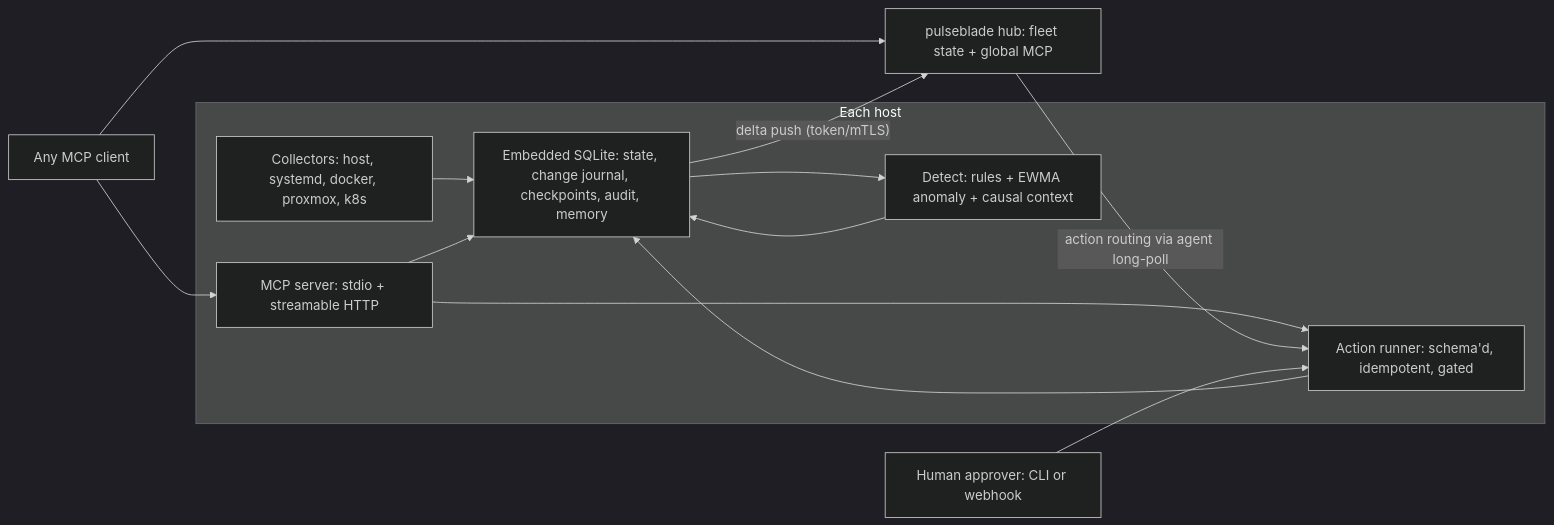
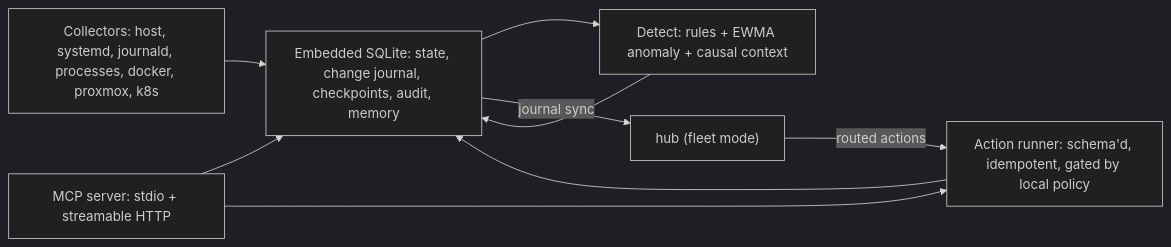
The second of 2 diagrams in docs/ARCHITECTURE.md (DataKnifeAI/pulseblade), drawn with Mermaid (dark theme) before and after one commit. The commit also changed other lines of this file and 2 other files, not shown here.

First line of the commit message:
docs: node/hub/pilot roles, renumber milestones, drop game reference

````diff
--- a/docs/ARCHITECTURE.md
+++ b/docs/ARCHITECTURE.md
@@ -12,16 +49,11 @@
 ```mermaid
 flowchart LR
-  subgraph hostNode [Each host]
-    Collectors["Collectors: host, systemd, docker, proxmox, k8s"] --> Store["Embedded SQLite: state, change journal, checkpoints, audit, memory"]
-    Store --> Detect["Detect: rules + EWMA anomaly + causal context"]
-    Detect --> Store
-    Act["Action runner: schema'd, idempotent, gated"] --> Store
-    AgentMcp["MCP server: stdio + streamable HTTP"] --> Store
-    AgentMcp --> Act
-  end
-  Store -->|"delta push (token/mTLS)"| Hub["pulseblade hub: fleet state + global MCP"]
-  Hub -->|"action routing via agent long-poll"| Act
-  Clients["Any MCP client"] --> AgentMcp
-  Clients --> Hub
-  Approver["Human approver: CLI or webhook"] --> Act
+  Collectors["Collectors: host, systemd, journald, processes, docker, proxmox, k8s"] --> Store["Embedded SQLite: state, change journal, checkpoints, audit, memory"]
+  Store --> Detect["Detect: rules + EWMA anomaly + causal context"]
+  Detect --> Store
+  Act["Action runner: schema'd, idempotent, gated by local policy"] --> Store
+  NodeMcp["MCP server: stdio + streamable HTTP"] --> Store
+  NodeMcp --> Act
+  Store -->|"journal sync"| HubOut["hub (fleet mode)"]
+  HubOut -->|"routed actions"| Act
 ```
````
